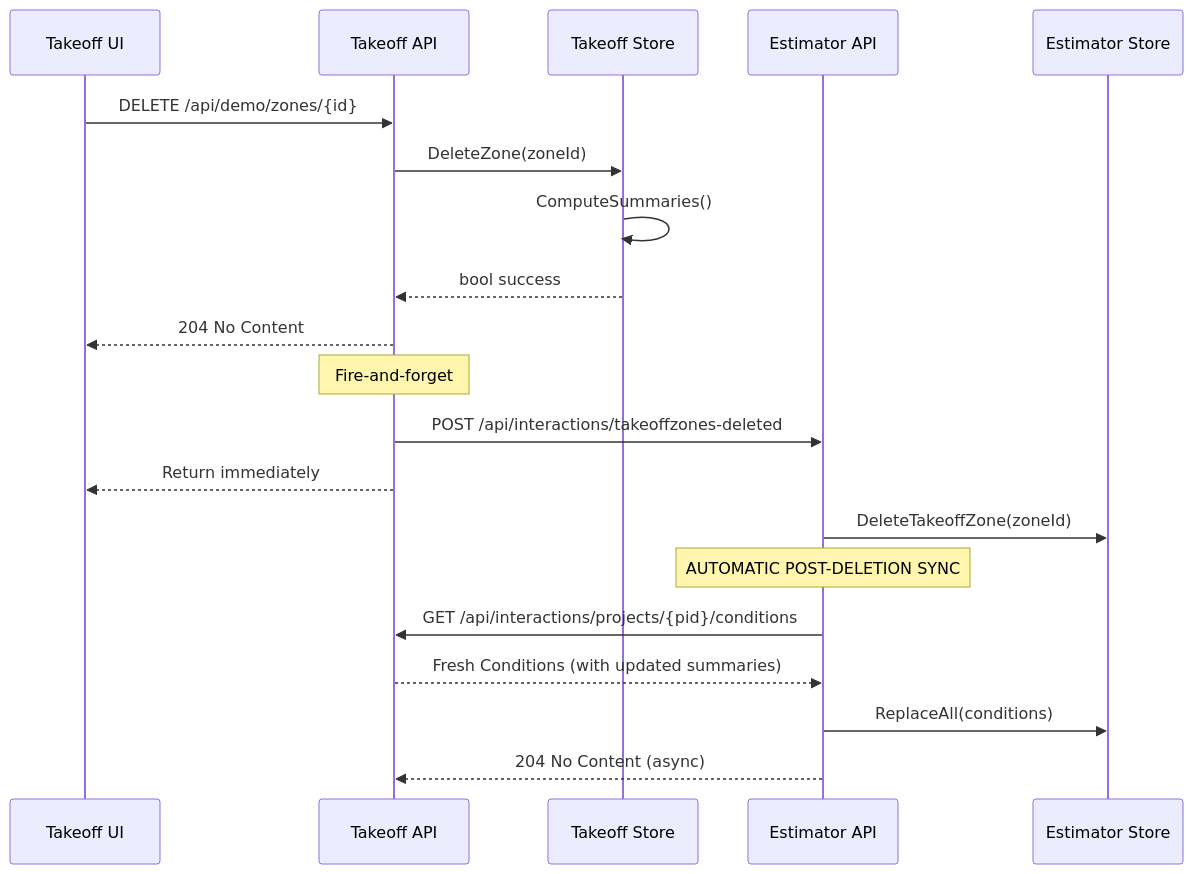
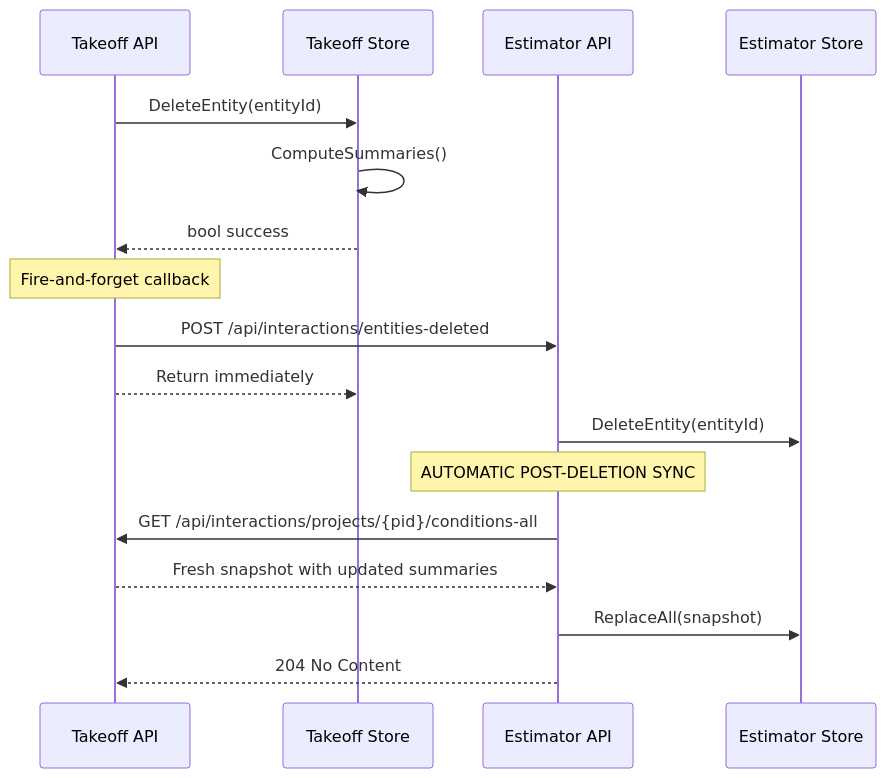
Before and after one commit to pkarabut-bw/embedded-integration: the third of 7 diagrams in docs/contract-diagrams.md, drawn with Mermaid. The commit also changed other lines of this file, not shown here.

Commit message:
updated diagrams

````diff
--- a/docs/contract-diagrams.md
+++ b/docs/contract-diagrams.md
@@ -79,26 +76,23 @@
 ```mermaid
 sequenceDiagram
-    participant TakeoffUI as Takeoff UI
     participant TakeoffAPI as Takeoff API
     participant TakeoffStore as Takeoff Store
     participant EstimatorAPI as Estimator API
     participant EstimatorStore as Estimator Store
     
-    TakeoffUI->>TakeoffAPI: DELETE /api/demo/zones/{id}
-    TakeoffAPI->>TakeoffStore: DeleteZone(zoneId)
+    TakeoffAPI->>TakeoffStore: DeleteEntity(entityId)
     TakeoffStore->>TakeoffStore: ComputeSummaries()
     TakeoffStore-->>TakeoffAPI: bool success
-    TakeoffAPI-->>TakeoffUI: 204 No Content
     
-    Note over TakeoffAPI: Fire-and-forget
-    TakeoffAPI->>EstimatorAPI: POST /api/interactions/takeoffzones-deleted
-    TakeoffAPI-->>TakeoffUI: Return immediately
+    Note over TakeoffAPI: Fire-and-forget callback
+    TakeoffAPI->>EstimatorAPI: POST /api/interactions/entities-deleted
+    TakeoffAPI-->>TakeoffStore: Return immediately
     
-    EstimatorAPI->>EstimatorStore: DeleteTakeoffZone(zoneId)
+    EstimatorAPI->>EstimatorStore: DeleteEntity(entityId)
     
     Note over EstimatorAPI: AUTOMATIC POST-DELETION SYNC
-    EstimatorAPI->>TakeoffAPI: GET /api/interactions/projects/{pid}/conditions
-    TakeoffAPI-->>EstimatorAPI: Fresh Conditions (with updated summaries)
-    EstimatorAPI->>EstimatorStore: ReplaceAll(conditions)
-    EstimatorAPI-->>TakeoffAPI: 204 No Content (async)
+    EstimatorAPI->>TakeoffAPI: GET /api/interactions/projects/{pid}/conditions-all
+    TakeoffAPI-->>EstimatorAPI: Fresh snapshot with updated summaries
+    EstimatorAPI->>EstimatorStore: ReplaceAll(snapshot)
+    EstimatorAPI-->>TakeoffAPI: 204 No Content
 ```
````
